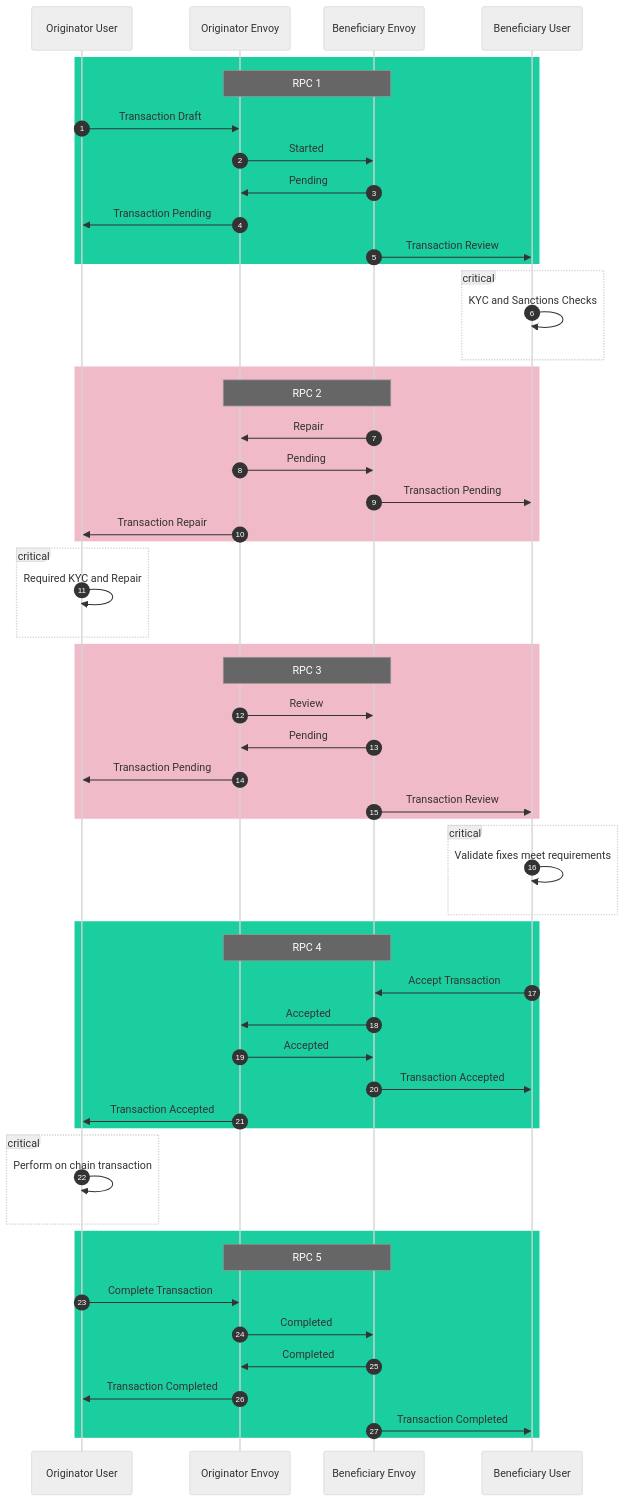
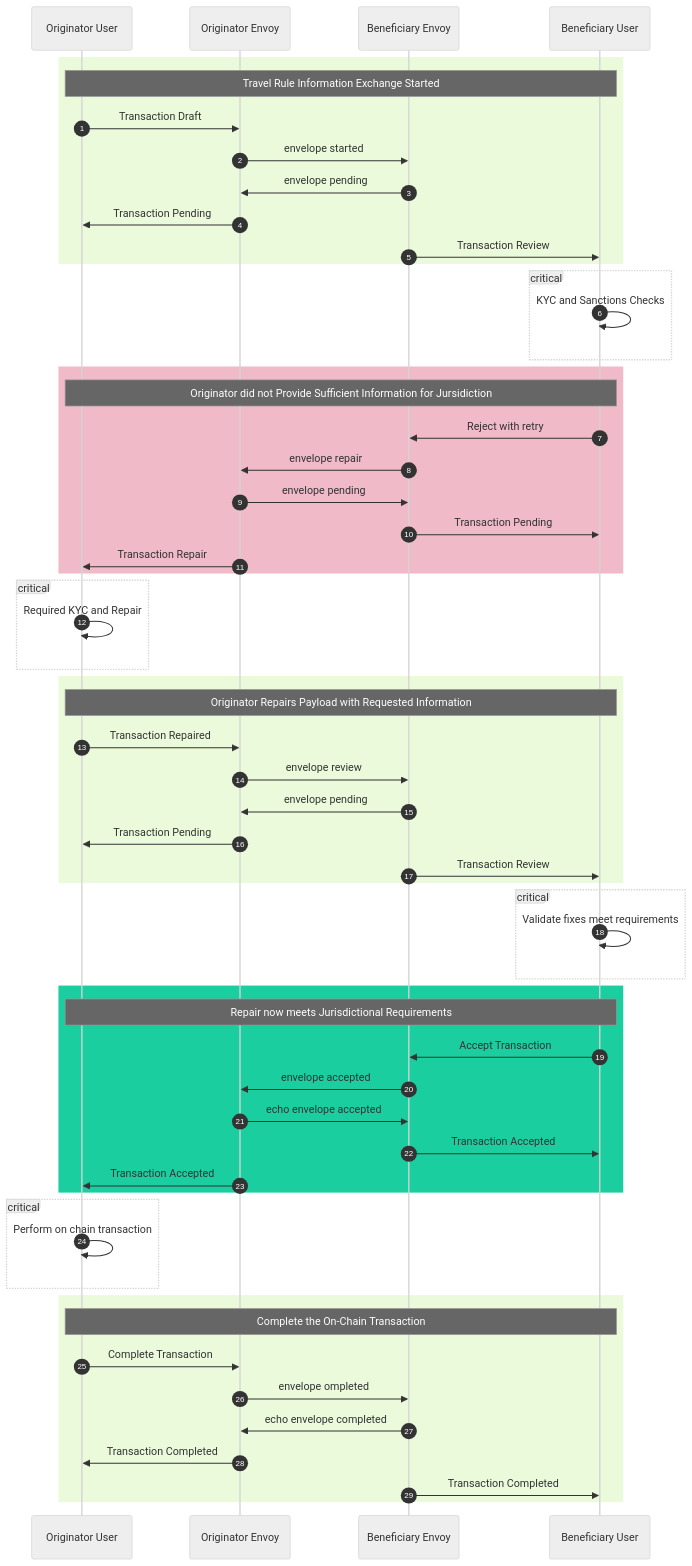
One commit to trisacrypto/trisa changed the second of 3 diagrams in docs/content/envoy/workflows.en.md. Above: the diagram before and after it, drawn with Mermaid (neutral theme). The commit also changed other lines of this file, not shown here.

Commit message:
fix docs after review

````diff
--- a/docs/content/envoy/workflows.en.md
+++ b/docs/content/envoy/workflows.en.md
@@ -72,67 +72,69 @@
 ```mermaid
 sequenceDiagram
     autonumber
     participant Oc as Originator User
     participant O as Originator Envoy
     participant B as Beneficiary Envoy
     participant Bc as Beneficiary User
 
-    rect rgb(27, 206, 159 )
-        note over O,B: RPC 1
+    rect rgb(236, 250, 220)
+        note over Oc,Bc: Travel Rule Information Exchange Started
         Oc ->> O: Transaction Draft
-        O ->> B: Started
-        B ->> O: Pending
+        O ->> B: envelope started
+        B ->> O: envelope pending
         O ->> Oc: Transaction Pending
         B ->> Bc: Transaction Review
     end
 
     critical
         Bc ->> Bc: KYC and Sanctions Checks
     end
 
     rect rgb(240,186,200)
-        note over O,B: RPC 2
-        B ->> O: Repair
-        O ->> B: Pending
+        note over Oc,Bc: Originator did not Provide Sufficient Information for Jursidiction
+        Bc ->> B: Reject with retry
+        B ->> O: envelope repair
+        O ->> B: envelope pending
         B ->> Bc: Transaction Pending
         O ->> Oc: Transaction Repair
     end
 
     critical
         Oc ->> Oc: Required KYC and Repair
     end
 
-    rect rgb(240,186,200)
-        note over O,B: RPC 3
-        O ->> B: Review
-        B ->> O: Pending
+    rect rgb(236, 250, 220)
+        note over Oc,Bc: Originator Repairs Payload with Requested Information
+        Oc ->> O: Transaction Repaired
+        O ->> B: envelope review
+        B ->> O: envelope pending
         O ->> Oc: Transaction Pending
         B ->> Bc: Transaction Review
     end
 
     critical
         Bc->> Bc: Validate fixes meet requirements
     end
 
     rect rgb(27, 206, 159 )
-        note over O,B: RPC 4
+        note over Oc,Bc: Repair now meets Jurisdictional Requirements
         Bc ->> B: Accept Transaction
-        B ->> O: Accepted
-        O ->> B: Accepted
+        B ->> O: envelope accepted
+        O ->> B: echo envelope accepted
         B ->> Bc: Transaction Accepted
         O ->> Oc: Transaction Accepted
     end
 
     critical
         Oc ->> Oc: Perform on chain transaction
     end
 
-    rect rgb(27, 206, 159 )
-        note over O,B: RPC 5
+    rect rgb(236, 250, 220)
+        note over Oc,Bc: Complete the On-Chain Transaction
         Oc ->> O: Complete Transaction
-        O ->> B: Completed
-        B ->> O: Completed
+        O ->> B: envelope ompleted
+        B ->> O: echo envelope completed
         O ->> Oc: Transaction Completed
         B ->> Bc: Transaction Completed
     end
 ```
````
